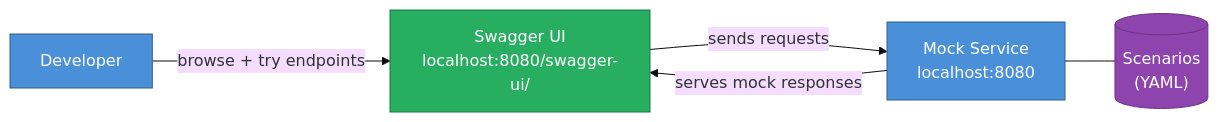
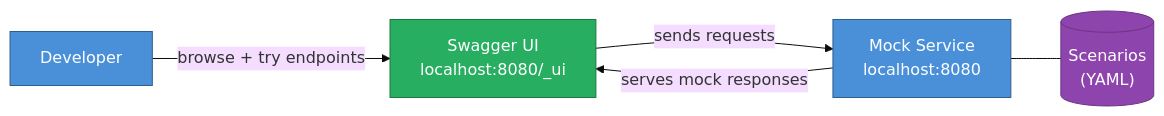
The third of 7 diagrams in tutorial.md (bhatti/api-mock-service), drawn with Mermaid (base theme) before and after one commit. The commit also changed other lines of this file and 34 other files, not shown here.

````diff
--- a/tutorial.md
+++ b/tutorial.md
@@ -350,16 +350,16 @@
 ```mermaid
 flowchart LR
     Dev["Developer"]:::blue
-    UI["Swagger UI\nlocalhost:8080/swagger-ui/"]:::green
+    UI["Swagger UI\nlocalhost:8080/_ui"]:::green
     Mock["Mock Service\nlocalhost:8080"]:::blue
     Store[("Scenarios\n(YAML)")]:::storage
 
     Dev -->|"browse + try endpoints"| UI
     UI -->|"sends requests"| Mock
     Mock -->|"serves mock responses"| UI
     Mock --- Store
 
     classDef blue fill:#4A90D9,color:#fff,stroke:#2C5F8A
     classDef green fill:#27AE60,color:#fff,stroke:#1A7A42
     classDef storage fill:#8E44AD,color:#fff,stroke:#6C3483
 ```
````
